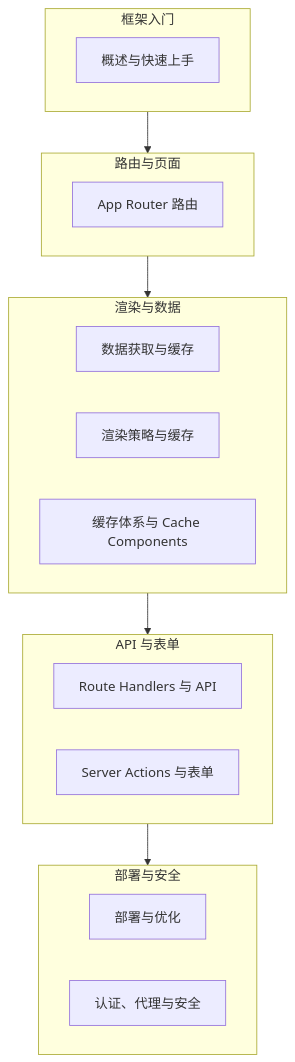
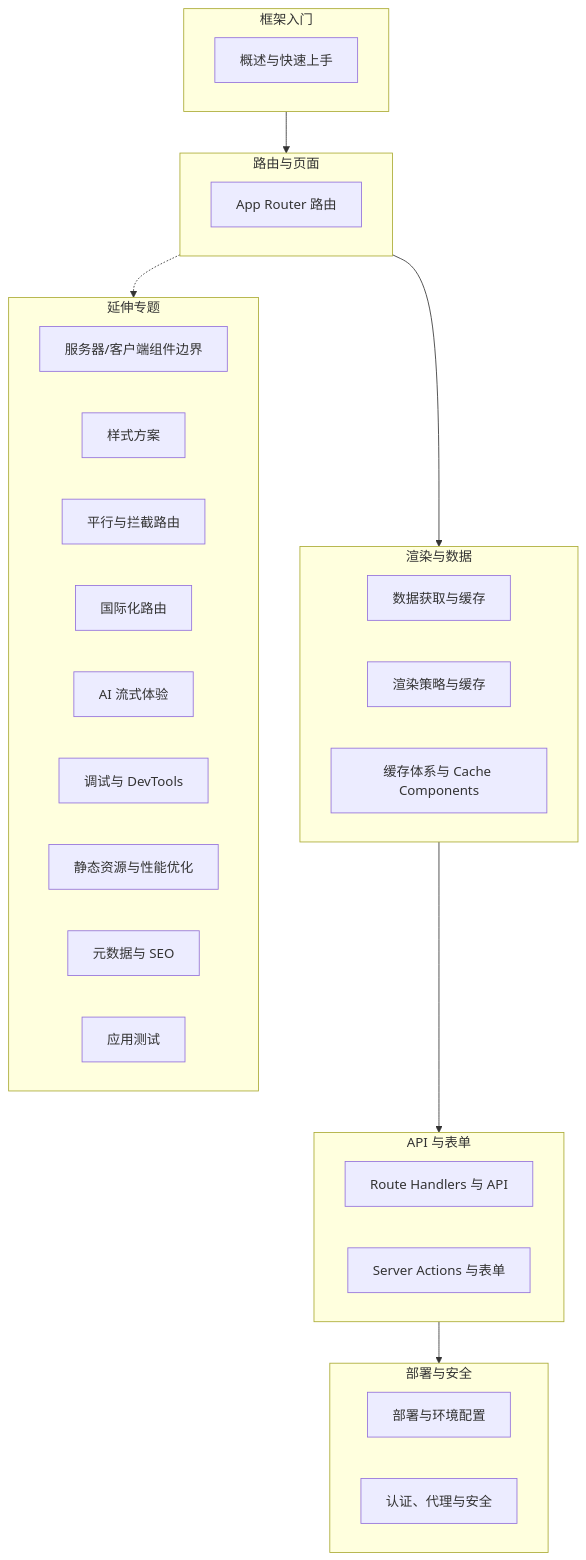
Before and after one commit to fanquanpp/FANDEX: the diagram in cnt-content/full/040-nextjs/100-NextjsLearningSummary.md, drawn with Mermaid. The commit also changed other lines of this file and 1501 other files, not shown here.

````diff
--- a/cnt-content/full/040-nextjs/100-NextjsLearningSummary.md
+++ b/cnt-content/full/040-nextjs/100-NextjsLearningSummary.md
@@ -40,23 +40,35 @@
 ```mermaid
 flowchart TB
     subgraph N1["框架入门"]
         B001["概述与快速上手"]
     end
     subgraph N2["路由与页面"]
         B002["App Router 路由"]
     end
     subgraph N3["渲染与数据"]
         B003["数据获取与缓存"]
         B007["渲染策略与缓存"]
         B010["缓存体系与 Cache Components"]
     end
     subgraph N4["API 与表单"]
         B005["Route Handlers 与 API"]
         B006["Server Actions 与表单"]
     end
     subgraph N5["部署与安全"]
-        B004["部署与优化"]
+        B004["部署与环境配置"]
         B008["认证、代理与安全"]
     end
+    subgraph N6["延伸专题"]
+        E1["服务器/客户端组件边界"]
+        E2["样式方案"]
+        E3["平行与拦截路由"]
+        E4["国际化路由"]
+        E5["AI 流式体验"]
+        E6["调试与 DevTools"]
+        E7["静态资源与性能优化"]
+        E8["元数据与 SEO"]
+        E9["应用测试"]
+    end
     N1 --> N2 --> N3 --> N4 --> N5
+    N2 -.-> N6
 ```
````
